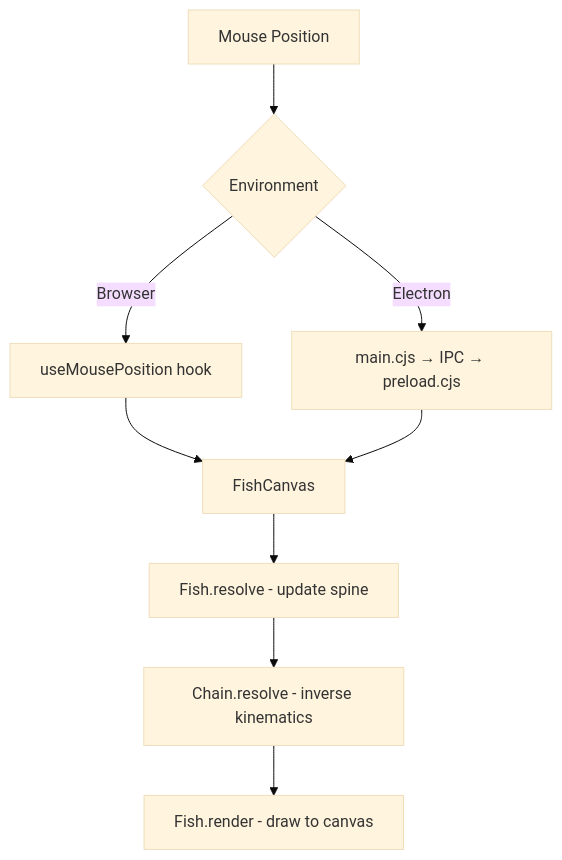
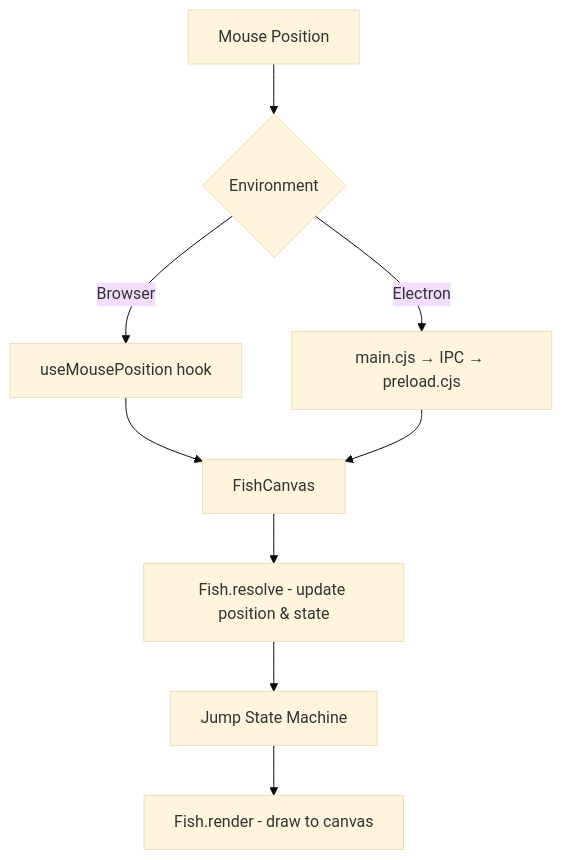
The first of 2 diagrams in fish_anim_ts/AGENTS.md (zkcpku/mathvideo), drawn with Mermaid (base theme) before and after one commit. The commit also changed other lines of this file and 1 other file, not shown here.

First line of the commit message:
feat(sprite): implement jump physics and state machine

````diff
--- a/fish_anim_ts/AGENTS.md
+++ b/fish_anim_ts/AGENTS.md
@@ -116,11 +116,11 @@
 ```mermaid
 graph TD
     A[Mouse Position] --> B{Environment}
     B -->|Browser| C[useMousePosition hook]
     B -->|Electron| D[main.cjs → IPC → preload.cjs]
     C --> E[FishCanvas]
     D --> E
-    E --> F[Fish.resolve - update spine]
-    F --> G[Chain.resolve - inverse kinematics]
+    E --> F[Fish.resolve - update position & state]
+    F --> G[Jump State Machine]
     G --> H[Fish.render - draw to canvas]
 ```
````
